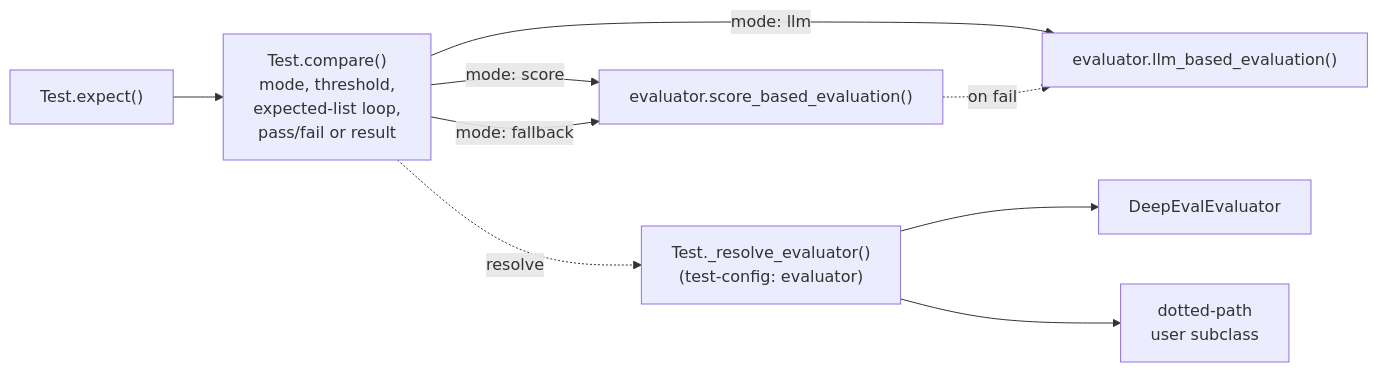
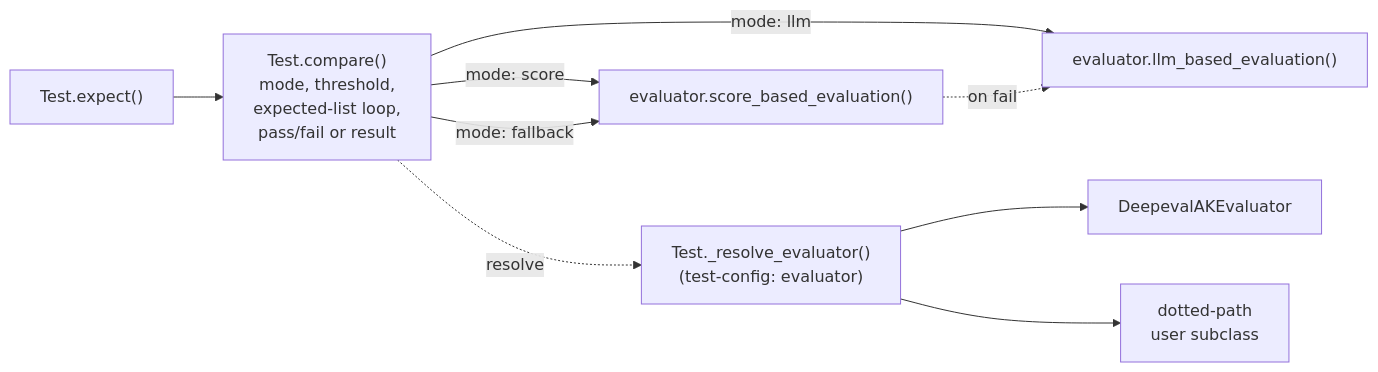
One commit to yaalalabs/agent-kernel changed the diagram in docs/specs/555-pluggable-test-evaluators/design.md. Above: the diagram before and after it, drawn with Mermaid. The commit also changed other lines of this file and 1 other file, not shown here.

````diff
--- a/docs/specs/555-pluggable-test-evaluators/design.md
+++ b/docs/specs/555-pluggable-test-evaluators/design.md
@@ -48,10 +48,10 @@
 ```mermaid
 graph LR
     E["Test.expect()"] --> C["Test.compare()<br/>mode, threshold,<br/>expected-list loop,<br/>pass/fail or result"]
     C -->|"mode: score"| S["evaluator.score_based_evaluation()"]
     C -->|"mode: llm"| L["evaluator.llm_based_evaluation()"]
     C -->|"mode: fallback"| S -.->|"on fail"| L
     C -.->|"resolve"| F["Test._resolve_evaluator()<br/>(test-config: evaluator)"]
-    F --> DE["DeepEvalEvaluator"]
+    F --> DE["DeepevalAKEvaluator"]
     F --> BYO["dotted-path<br/>user subclass"]
 ```
````
